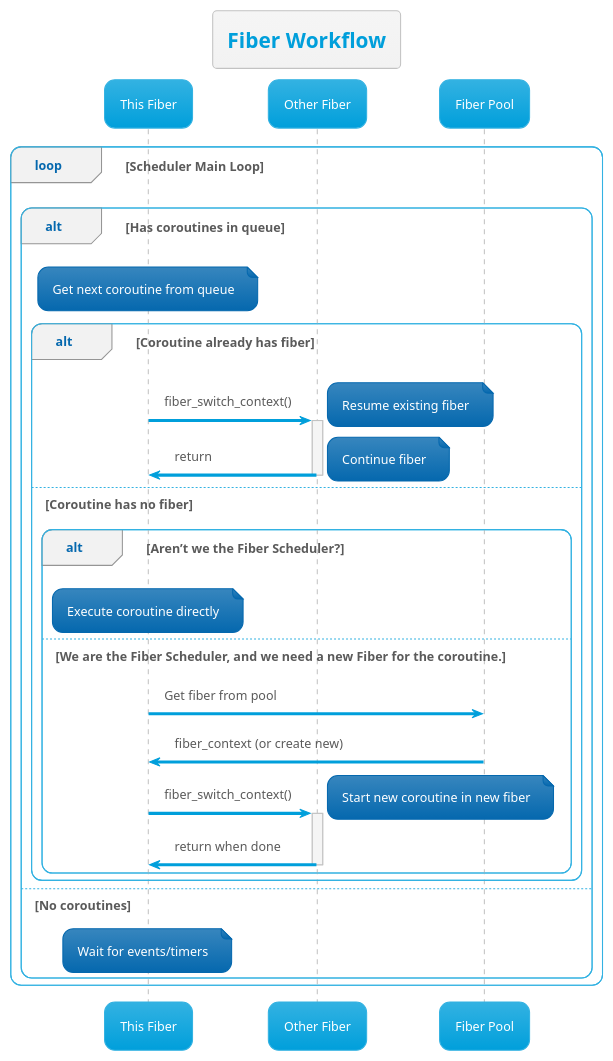
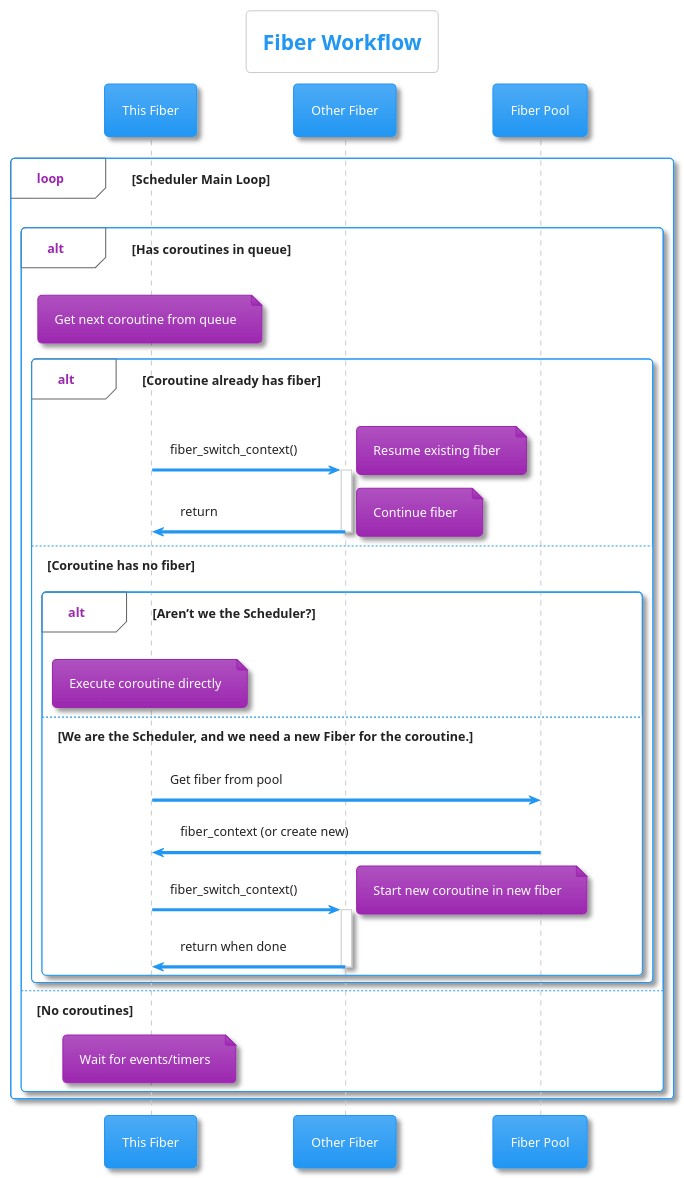
The diagram in docs/context-switching-flow.puml (true-async/php-async), drawn with PlantUML before and after one commit. The commit also changed 3 other files, not shown here.

Commit message:
% refactoring scheduler logic for Fiber pool3

```diff
--- a/docs/context-switching-flow.puml
+++ b/docs/context-switching-flow.puml
@@ -1,45 +1,45 @@
 @startuml Fiber Workflow
-!theme bluegray
+!theme materia
 title Fiber Workflow
 
 participant "This Fiber" as ThisFiber
 participant "Other Fiber" as WorkerF1
 participant "Fiber Pool" as Pool
 
 loop Scheduler Main Loop
     alt Has coroutines in queue
         note over ThisFiber : Get next coroutine from queue
         
         alt Coroutine already has fiber
             ThisFiber -> WorkerF1 : fiber_switch_context()
             activate WorkerF1
             note right : Resume existing fiber
             
             WorkerF1 -> ThisFiber : return
             deactivate WorkerF1
             note right : Continue fiber
 
         else Coroutine has no fiber
-            alt Aren’t we the Fiber Scheduler?
+            alt Aren’t we the Scheduler?
                 note over ThisFiber : Execute coroutine directly
                 
-            else We are the Fiber Scheduler, and we need a new Fiber for the coroutine.
+            else We are the Scheduler, and we need a new Fiber for the coroutine.
                 ThisFiber -> Pool : Get fiber from pool
                 Pool -> ThisFiber : fiber_context (or create new)
                 
                 ThisFiber -> WorkerF1 : fiber_switch_context()
                 activate WorkerF1
                 note right : Start new coroutine in new fiber
                 
                 WorkerF1 -> ThisFiber : return when done
                 deactivate WorkerF1
             end
         end
         
     else No coroutines
         note over ThisFiber : Wait for events/timers
     end
 end
 
 
 @enduml
```
